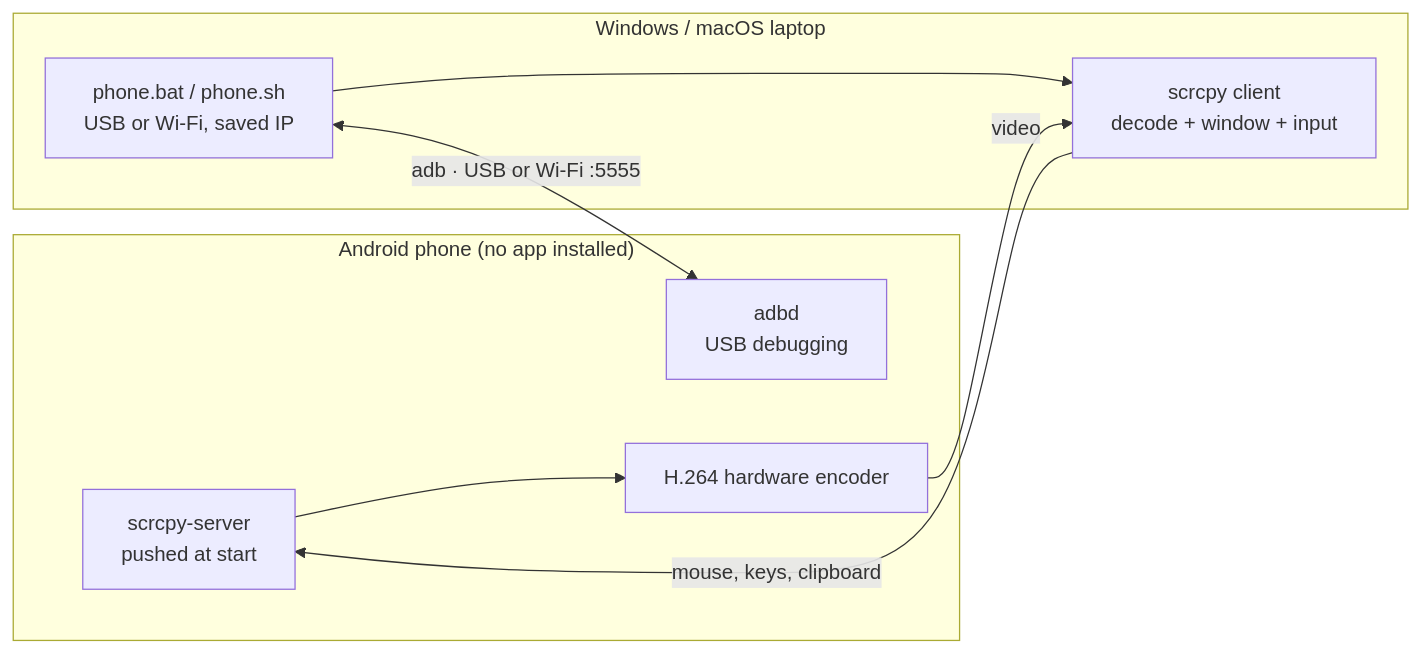
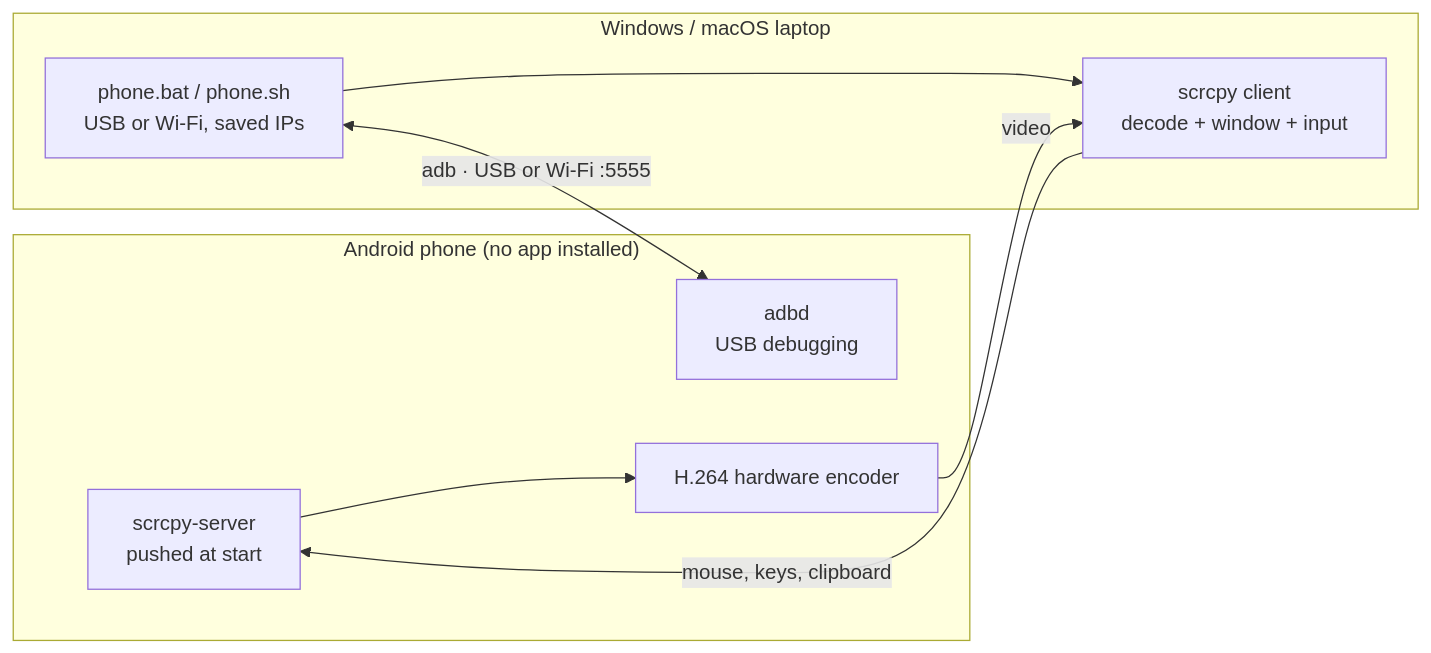
One commit to prutxvi/screenless changed the diagram in README.md. Above: the diagram before and after it, drawn with Mermaid. The commit also changed other lines of this file and 13 other files, not shown here.

````diff
--- a/README.md
+++ b/README.md
@@ -98,17 +118,17 @@
 ```mermaid
 flowchart LR
   subgraph Phone["Android phone (no app installed)"]
     A["adbd<br/>USB debugging"]
     S["scrcpy-server<br/>pushed at start"]
     E["H.264 hardware encoder"]
     S --> E
   end
   subgraph Laptop["Windows / macOS laptop"]
-    L["phone.bat / phone.sh<br/>USB or Wi-Fi, saved IP"]
+    L["phone.bat / phone.sh<br/>USB or Wi-Fi, saved IPs"]
     C["scrcpy client<br/>decode + window + input"]
     L --> C
   end
   E -- "video" --> C
   C -- "mouse, keys, clipboard" --> S
   L <-- "adb · USB or Wi-Fi :5555" --> A
 ```
````
